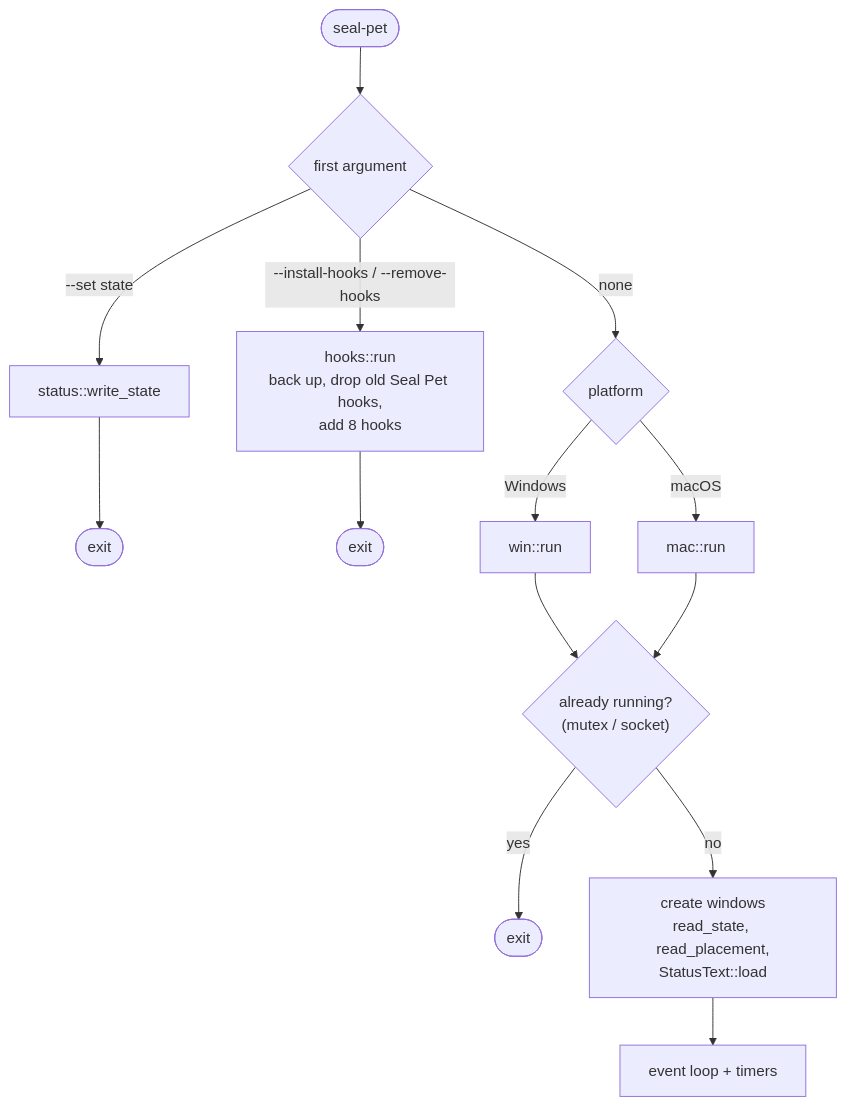
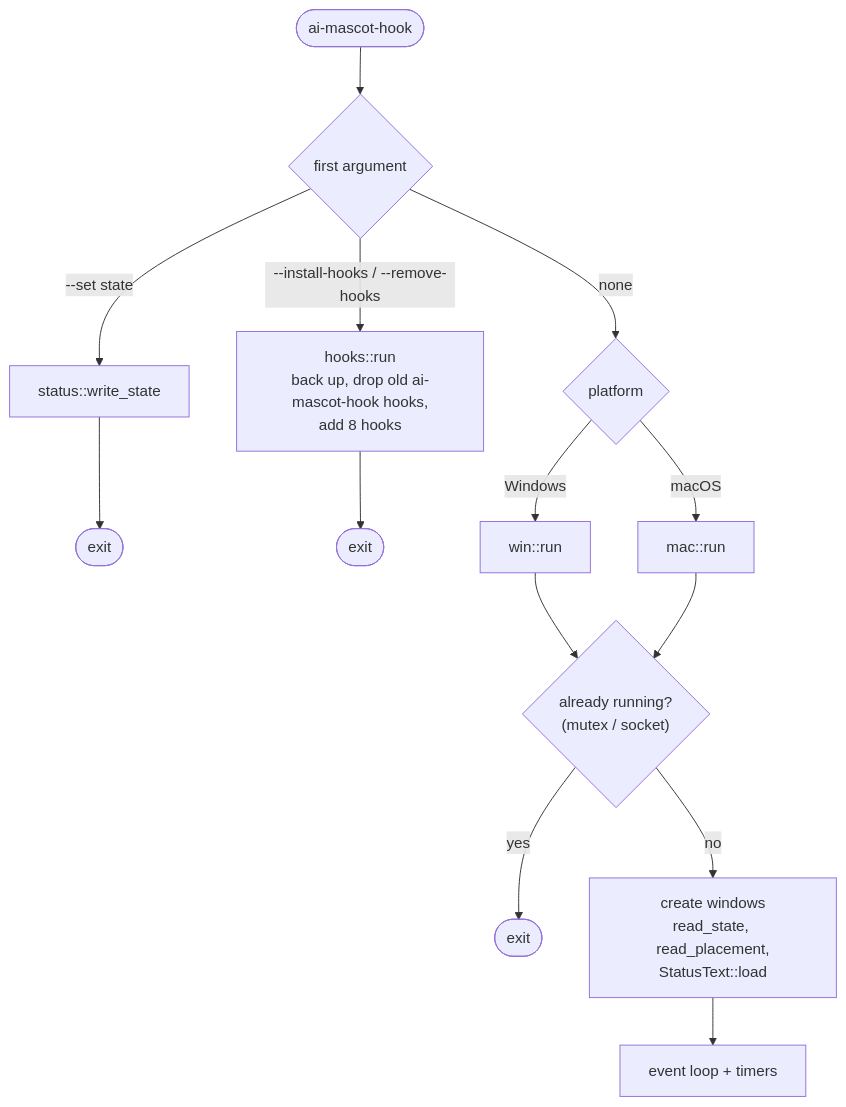
The third of 7 diagrams in docs/en/architecture.md (thanachaiakt/ai-mascot-hook), drawn with Mermaid before and after one commit. The commit also changed other lines of this file and 18 other files, not shown here.

````diff
--- a/docs/en/architecture.md
+++ b/docs/en/architecture.md
@@ -113,13 +113,13 @@
 ```mermaid
 flowchart TD
-    start(["seal-pet"]) --> args{"first argument"}
+    start(["ai-mascot-hook"]) --> args{"first argument"}
     args -- "--set state" --> write["status::write_state"] --> exit0(["exit"])
-    args -- "--install-hooks / --remove-hooks" --> hk["hooks::run<br/>back up, drop old Seal Pet hooks,<br/>add 8 hooks"] --> exit1(["exit"])
+    args -- "--install-hooks / --remove-hooks" --> hk["hooks::run<br/>back up, drop old ai-mascot-hook hooks,<br/>add 8 hooks"] --> exit1(["exit"])
     args -- "none" --> plat{"platform"}
     plat -- Windows --> wrun["win::run"]
     plat -- macOS --> mrun["mac::run"]
     wrun & mrun --> one{"already running?<br/>(mutex / socket)"}
     one -- yes --> quit(["exit"])
     one -- no --> init["create windows<br/>read_state, read_placement,<br/>StatusText::load"]
     init --> loop["event loop + timers"]
 ```
````
